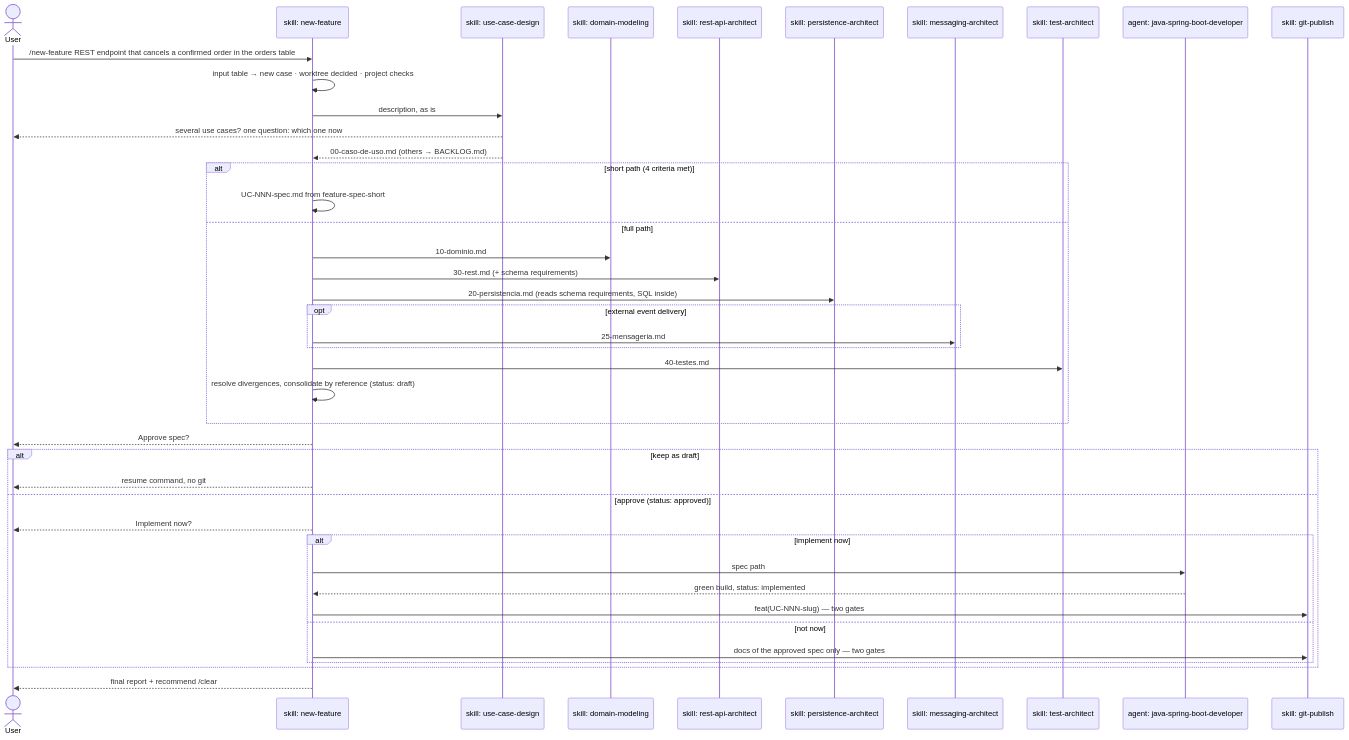
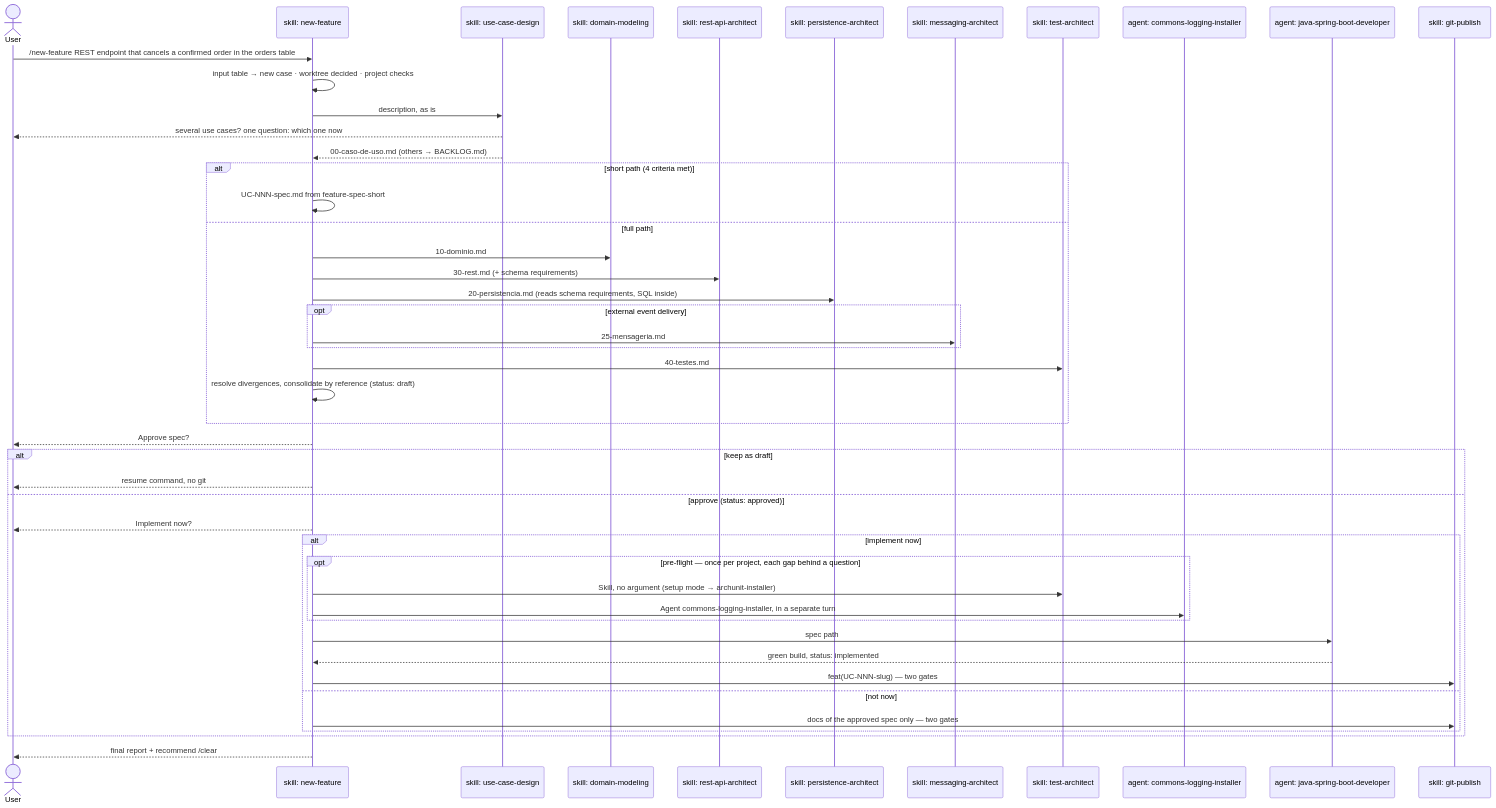
The diagram in docs/en/03-new-feature.md (ice-lfernandes/claude-spring-architect), drawn with Mermaid before and after one commit. The commit also changed other lines of this file and 20 other files, not shown here.

````diff
--- a/docs/en/03-new-feature.md
+++ b/docs/en/03-new-feature.md
@@ -52,45 +52,50 @@
 ```mermaid
 sequenceDiagram
     actor U as User
     participant NF as skill: new-feature
     participant UC as skill: use-case-design
     participant DOM as skill: domain-modeling
     participant REST as skill: rest-api-architect
     participant PER as skill: persistence-architect
     participant MSG as skill: messaging-architect
     participant TST as skill: test-architect
+    participant LOG as agent: commons-logging-installer
     participant DEV as agent: java-spring-boot-developer
     participant GIT as skill: git-publish
 
     U->>NF: /new-feature REST endpoint that cancels a confirmed order in the orders table
     NF->>NF: input table → new case · worktree decided · project checks
     NF->>UC: description, as is
     UC-->>U: several use cases? one question: which one now
     UC-->>NF: 00-caso-de-uso.md (others → BACKLOG.md)
     alt short path (4 criteria met)
         NF->>NF: UC-NNN-spec.md from feature-spec-short
     else full path
         NF->>DOM: 10-dominio.md
         NF->>REST: 30-rest.md (+ schema requirements)
         NF->>PER: 20-persistencia.md (reads schema requirements, SQL inside)
         opt external event delivery
             NF->>MSG: 25-mensageria.md
         end
         NF->>TST: 40-testes.md
         NF->>NF: resolve divergences, consolidate by reference (status: draft)
     end
     NF-->>U: Approve spec?
     alt keep as draft
         NF-->>U: resume command, no git
     else approve (status: approved)
         NF-->>U: Implement now?
         alt implement now
+            opt pre-flight — once per project, each gap behind a question
+                NF->>TST: Skill, no argument (setup mode → archunit-installer)
+                NF->>LOG: Agent commons-logging-installer, in a separate turn
+            end
             NF->>DEV: spec path
             DEV-->>NF: green build, status: implemented
             NF->>GIT: feat(UC-NNN-slug) — two gates
         else not now
             NF->>GIT: docs of the approved spec only — two gates
         end
     end
     NF-->>U: final report + recommend /clear
 ```
````
